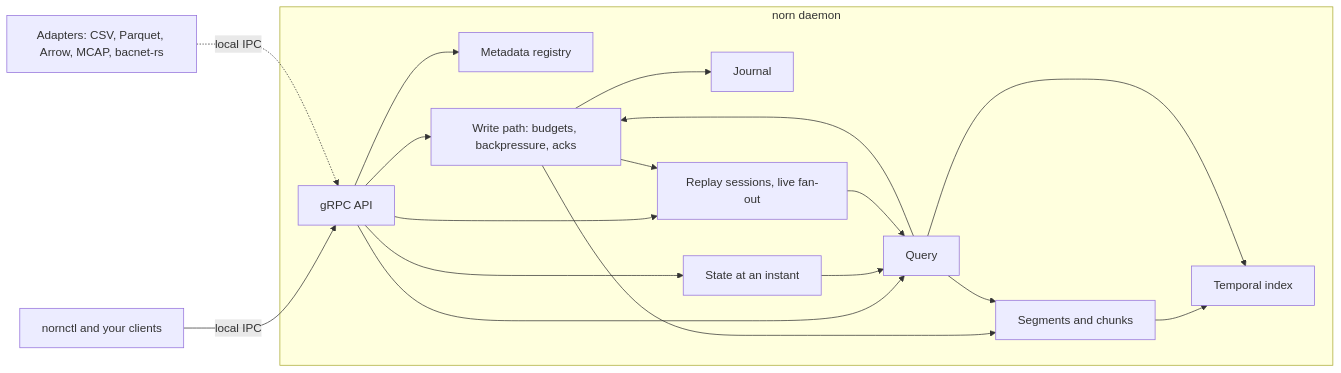
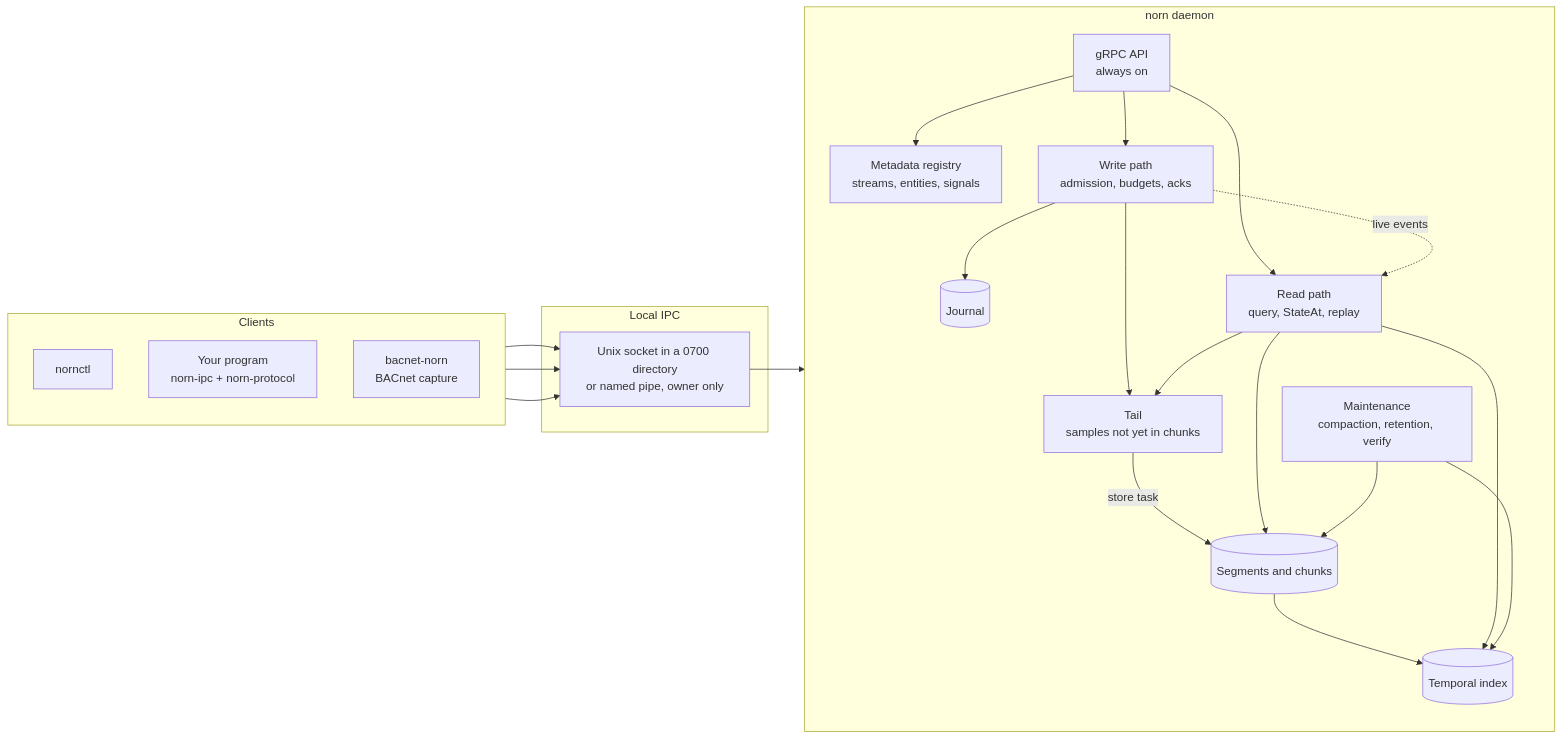
One commit to oh-tarnished/norn changed the first of 5 diagrams in README.md. Above: the diagram before and after it, drawn with Mermaid. The commit also changed other lines of this file and 5 other files, not shown here.

````diff
--- a/README.md
+++ b/README.md
@@ -71,34 +158,44 @@
 ```mermaid
 flowchart LR
-    client["nornctl and your clients"]
-    adapters["Adapters: CSV, Parquet, Arrow, MCAP, bacnet-rs"]
+    subgraph clients["Clients"]
+        direction TB
+        ctl["nornctl"]
+        app["Your program<br/>norn-ipc + norn-protocol"]
+        bac["bacnet-norn<br/>BACnet capture"]
+    end
+
+    subgraph ipc["Local IPC"]
+        sock["Unix socket in a 0700 directory<br/>or named pipe, owner only"]
+    end
 
     subgraph daemon["norn daemon"]
-        grpc["gRPC API"]
-        meta["Metadata registry"]
-        ingest["Write path: budgets, backpressure, acks"]
-        journal["Journal"]
-        storage["Segments and chunks"]
-        index["Temporal index"]
-        query["Query"]
-        state["State at an instant"]
-        replay["Replay sessions, live fan-out"]
+        direction TB
+        grpc["gRPC API<br/>always on"]
+        meta["Metadata registry<br/>streams, entities, signals"]
+        write["Write path<br/>admission, budgets, acks"]
+        journal[("Journal")]
+        tail["Tail<br/>samples not yet in chunks"]
+        segs[("Segments and chunks")]
+        index[("Temporal index")]
+        read["Read path<br/>query, StateAt, replay"]
+        maint["Maintenance<br/>compaction, retention, verify"]
     end
 
-    client -- "local IPC" --> grpc
-    adapters -. "local IPC" .-> grpc
+    ctl --> sock
+    app --> sock
+    bac --> sock
+    sock --> grpc
     grpc --> meta
-    grpc --> ingest
-    ingest --> journal
-    ingest --> storage
-    storage --> index
-    grpc --> query
-    query --> ingest
-    query --> index
-    query --> storage
-    grpc --> state
-    state --> query
-    grpc --> replay
-    replay --> query
-    ingest --> replay
+    grpc --> write
+    write --> journal
+    write --> tail
+    tail -- "store task" --> segs
+    segs --> index
+    grpc --> read
+    read --> tail
+    read --> index
+    read --> segs
+    maint --> segs
+    maint --> index
+    write -. "live events" .-> read
 ```
````
